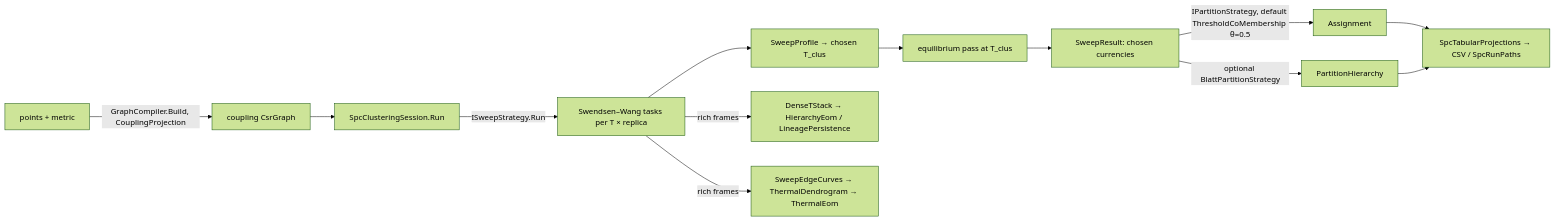
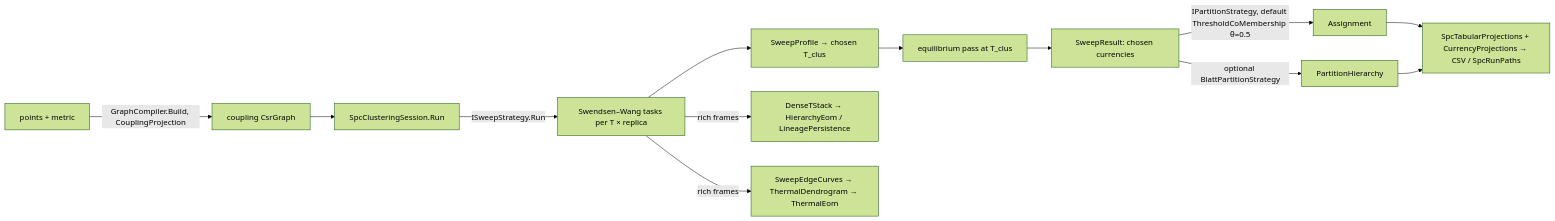
One commit to aghado01/ThermoMapper changed the second of 7 diagrams in docs/Architecture.md. Above: the diagram before and after it, drawn with Mermaid (forest theme). The commit also changed other lines of this file and 3 other files, not shown here.

````diff
--- a/docs/Architecture.md
+++ b/docs/Architecture.md
@@ -128,12 +130,12 @@
 ```mermaid
 flowchart LR
   X[points + metric] -->|GraphCompiler.Build, CouplingProjection| G[coupling CsrGraph]
   G --> S[SpcClusteringSession.Run]
   S -->|ISweepStrategy.Run| SW[Swendsen–Wang tasks per T × replica]
   SW --> P[SweepProfile → chosen T_clus] --> EQ[equilibrium pass at T_clus] --> SR[SweepResult: chosen currencies]
   SR -->|IPartitionStrategy, default ThresholdCoMembership θ=0.5| A[Assignment]
   SR -->|optional BlattPartitionStrategy| H[PartitionHierarchy]
   SW -->|rich frames| TS[DenseTStack → HierarchyEom / LineagePersistence]
   SW -->|rich frames| TE[SweepEdgeCurves → ThermalDendrogram → ThermalEom]
-  A & H --> E[SpcTabularProjections → CSV / SpcRunPaths]
+  A & H --> E[SpcTabularProjections + CurrencyProjections → CSV / SpcRunPaths]
 ```
````
